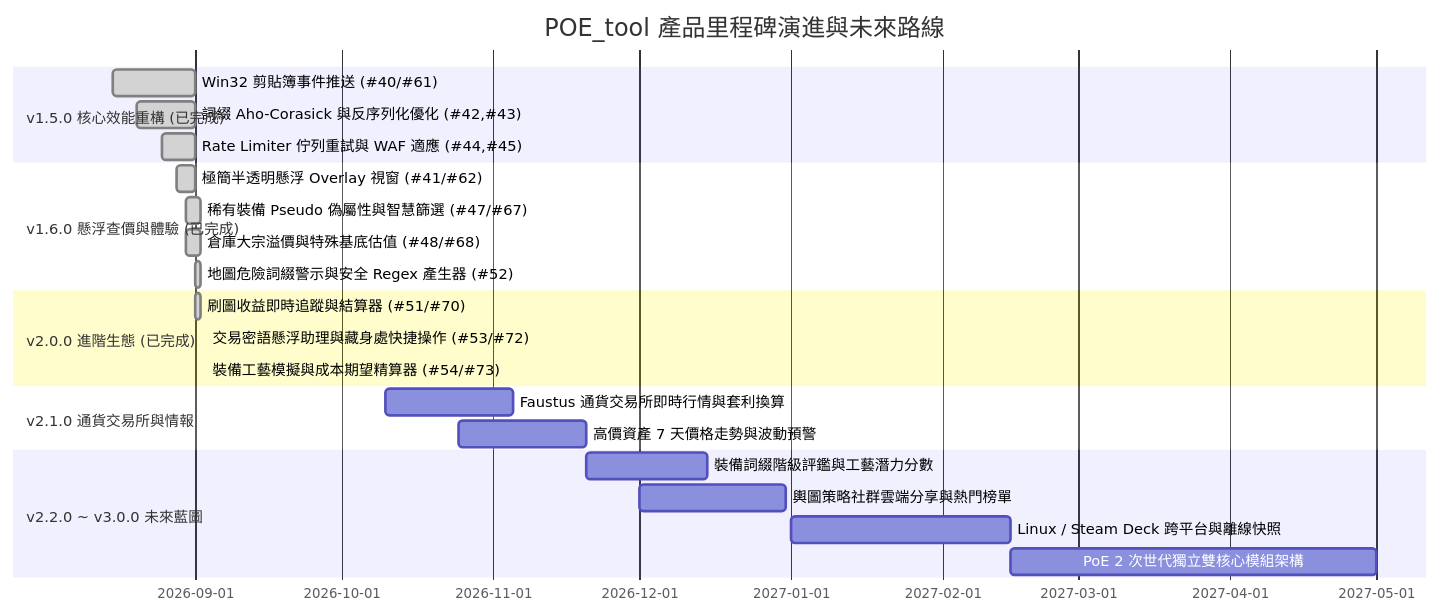
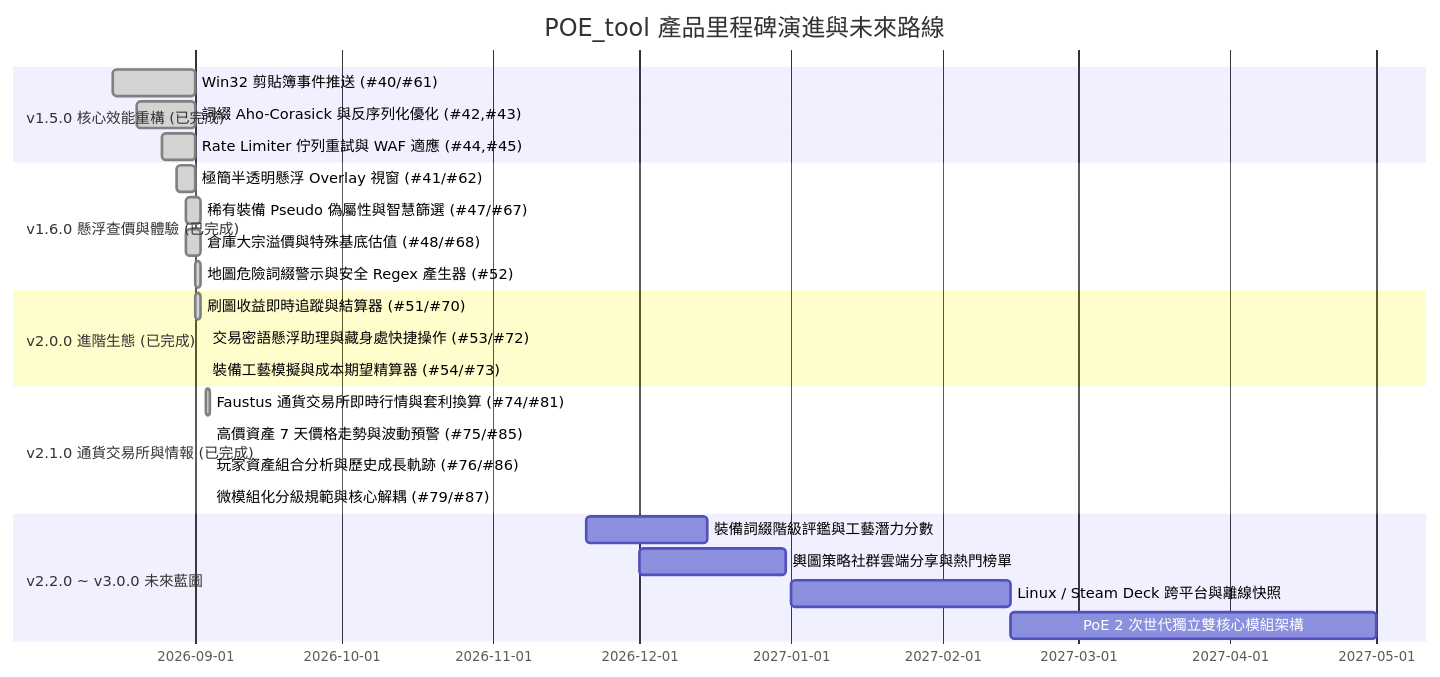
The diagram in ROADMAP.md (saijo0404/POE-tool), drawn with Mermaid before and after one commit. The commit also changed other lines of this file, not shown here.

Commit message:
docs: update ROADMAP to reflect v2.1.0 release and milestone completion

````diff
--- a/ROADMAP.md
+++ b/ROADMAP.md
@@ -49,26 +49,28 @@
 ```mermaid
 gantt
     title POE_tool 產品里程碑演進與未來路線
     dateFormat  YYYY-MM-DD
     section v1.5.0 核心效能重構 (已完成)
     Win32 剪貼簿事件推送 (#40/#61)           :done,    m1_1, 2026-08-15, 2026-09-01
     詞綴 Aho-Corasick 與反序列化優化 (#42,#43) :done,    m1_2, 2026-08-20, 2026-09-01
     Rate Limiter 佇列重試與 WAF 適應 (#44,#45)  :done,    m1_3, 2026-08-25, 2026-09-01
     section v1.6.0 懸浮查價與體驗 (已完成)
     極簡半透明懸浮 Overlay 視窗 (#41/#62)     :done,    m2_1, 2026-08-28, 2026-09-01
     稀有裝備 Pseudo 偽屬性與智慧篩選 (#47/#67) :done,    m2_2, 2026-08-30, 2026-09-02
     倉庫大宗溢價與特殊基底估值 (#48/#68)      :done,    m2_3, 2026-08-30, 2026-09-02
     地圖危險詞綴警示與安全 Regex 產生器 (#52)  :done,    m2_4, 2026-09-01, 2026-09-02
     section v2.0.0 進階生態 (已完成)
     刷圖收益即時追蹤與結算器 (#51/#70)        :done,    m3_1, 2026-09-01, 2026-09-02
     交易密語懸浮助理與藏身處快捷操作 (#53/#72) :done,    m3_2, 2026-09-03, 2026-09-03
     裝備工藝模擬與成本期望精算器 (#54/#73)     :done,    m3_3, 2026-09-03, 2026-09-03
-    section v2.1.0 通貨交易所與情報
-    Faustus 通貨交易所即時行情與套利換算       :         m4_1, 2026-10-10, 2026-11-05
-    高價資產 7 天價格走勢與波動預警           :         m4_2, 2026-10-25, 2026-11-20
+    section v2.1.0 通貨交易所與情報 (已完成)
+    Faustus 通貨交易所即時行情與套利換算 (#74/#81) :done,    m4_1, 2026-09-03, 2026-09-04
+    高價資產 7 天價格走勢與波動預警 (#75/#85)     :done,    m4_2, 2026-09-04, 2026-09-04
+    玩家資產組合分析與歷史成長軌跡 (#76/#86)       :done,    m4_3, 2026-09-04, 2026-09-04
+    微模組化分級規範與核心解耦 (#79/#87)          :done,    m4_4, 2026-09-04, 2026-09-04
     section v2.2.0 ~ v3.0.0 未來藍圖
     裝備詞綴階級評鑑與工藝潛力分數           :         m5_1, 2026-11-20, 2026-12-15
     輿圖策略社群雲端分享與熱門榜單           :         m5_2, 2026-12-01, 2026-12-31
     Linux / Steam Deck 跨平台與離線快照      :         m6_1, 2027-01-01, 2027-02-15
     PoE 2 次世代獨立雙核心模組架構           :         m7_1, 2027-02-15, 2027-05-01
 ```
````
